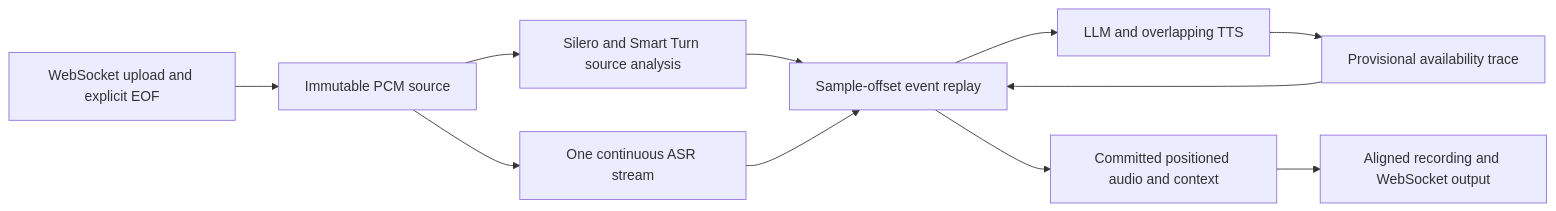
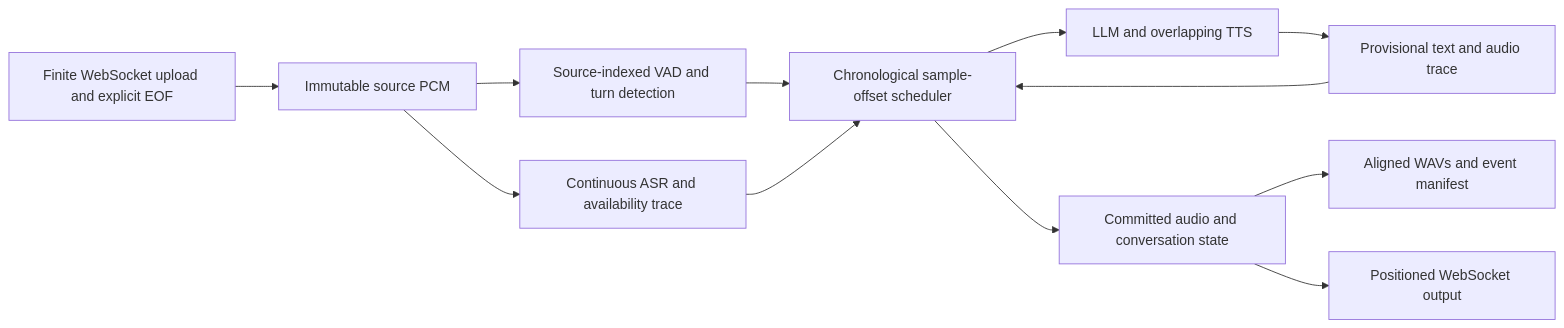
Before and after one commit to NVIDIA-AI-Blueprints/nemotron-voice-agent: the diagram in docs/12-offline-processing.md, drawn with Mermaid. The commit also changed other lines of this file and 14 other files, not shown here.

Commit message:
Add current-pipeline paired evaluation and clarify offline architecture

````diff
--- a/docs/12-offline-processing.md
+++ b/docs/12-offline-processing.md
@@ -91,13 +65,14 @@
 ```mermaid
 flowchart LR
-    WS[WebSocket upload and explicit EOF] --> Source[Immutable PCM source]
-    Source --> VAD[Silero and Smart Turn source analysis]
-    Source --> ASR[One continuous ASR stream]
-    VAD --> Replay[Sample-offset event replay]
+    Upload[Finite WebSocket upload and explicit EOF] --> Source[Immutable source PCM]
+    Source --> Detector[Source-indexed VAD and turn detection]
+    Source --> ASR[Continuous ASR and availability trace]
+    Detector --> Replay[Chronological sample-offset scheduler]
     ASR --> Replay
-    Replay --> Providers[LLM and overlapping TTS]
-    Providers --> Trace[Provisional availability trace]
+    Replay --> Generation[LLM and overlapping TTS]
+    Generation --> Trace[Provisional text and audio trace]
     Trace --> Replay
-    Replay --> Commit[Committed positioned audio and context]
-    Commit --> WAV[Aligned recording and WebSocket output]
+    Replay --> Commit[Committed audio and conversation state]
+    Commit --> Recording[Aligned WAVs and event manifest]
+    Commit --> Output[Positioned WebSocket output]
 ```
````
